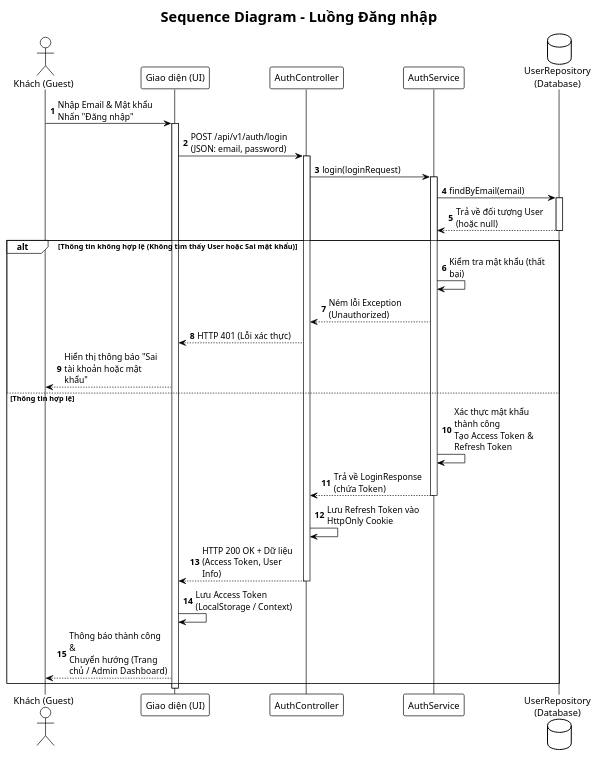
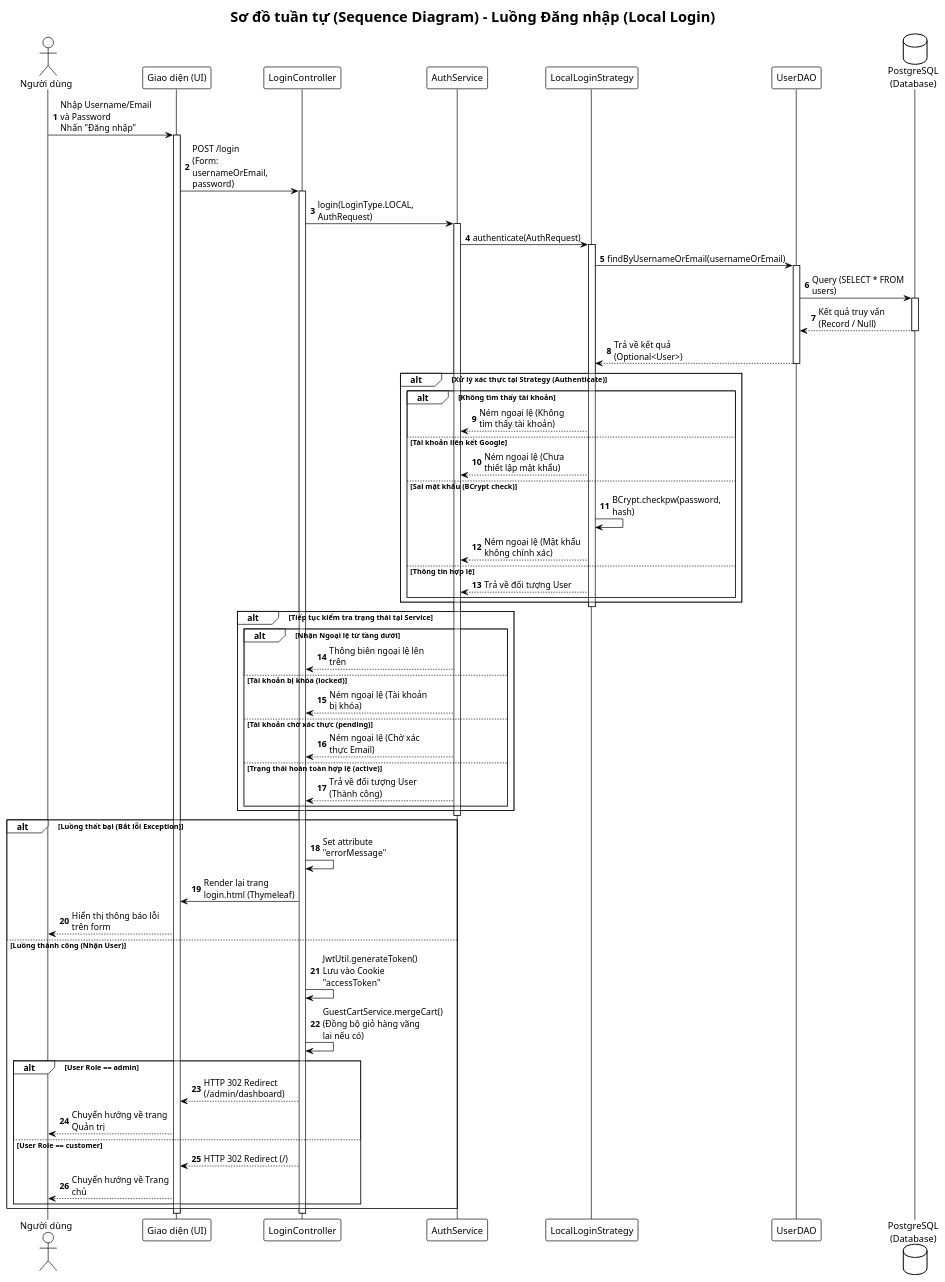
The diagram in src/Account/sequence/sequence_login.puml (trihieuvo/justFUML), drawn with PlantUML before and after one commit. The commit also changed 8 other files, not shown here.

```diff
--- a/src/Account/sequence/sequence_login.puml
+++ b/src/Account/sequence/sequence_login.puml
@@ -1,51 +1,88 @@
 @startuml
 !theme plain
 autonumber
 skinparam maxMessageSize 150
 skinparam ParticipantPadding 20
 skinparam BoxPadding 10
 
-title Sequence Diagram - Luồng Đăng nhập
+title Sơ đồ tuần tự (Sequence Diagram) - Luồng Đăng nhập (Local Login)
 
-actor "Khách (Guest)" as Guest
+actor "Người dùng" as Guest
 participant "Giao diện (UI)" as UI
-participant "AuthController" as Controller
+participant "LoginController" as Controller
 participant "AuthService" as Service
-database "UserRepository\n(Database)" as DB
+participant "LocalLoginStrategy" as Strategy
+participant "UserDAO" as DAO
+database "PostgreSQL\n(Database)" as DB
 
-Guest -> UI : Nhập Email & Mật khẩu\nNhấn "Đăng nhập"
+Guest -> UI : Nhập Username/Email và Password\nNhấn "Đăng nhập"
 activate UI
 
-UI -> Controller : POST /api/v1/auth/login\n(JSON: email, password)
+UI -> Controller : POST /login\n(Form: usernameOrEmail, password)
 activate Controller
 
-Controller -> Service : login(loginRequest)
+Controller -> Service : login(LoginType.LOCAL, AuthRequest)
 activate Service
 
-Service -> DB : findByEmail(email)
+Service -> Strategy : authenticate(AuthRequest)
+activate Strategy
+
+Strategy -> DAO : findByUsernameOrEmail(usernameOrEmail)
+activate DAO
+
+DAO -> DB : Query (SELECT * FROM users)
 activate DB
-DB --> Service : Trả về đối tượng User (hoặc null)
+DB --> DAO : Kết quả truy vấn (Record / Null)
 deactivate DB
 
-alt Thông tin không hợp lệ (Không tìm thấy User hoặc Sai mật khẩu)
-    Service -> Service : Kiểm tra mật khẩu (thất bại)
-    Service --> Controller : Ném lỗi Exception (Unauthorized)
-    Controller --> UI : HTTP 401 (Lỗi xác thực)
-    UI --> Guest : Hiển thị thông báo "Sai tài khoản hoặc mật khẩu"
+DAO --> Strategy : Trả về kết quả (Optional<User>)
+deactivate DAO
 
-else Thông tin hợp lệ
-    Service -> Service : Xác thực mật khẩu thành công\nTạo Access Token & Refresh Token
-    Service --> Controller : Trả về LoginResponse (chứa Token)
-    deactivate Service
+alt Xử lý xác thực tại Strategy (Authenticate)
+    alt Không tìm thấy tài khoản
+        Strategy --> Service : Ném ngoại lệ (Không tìm thấy tài khoản)
+    else Tài khoản liên kết Google
+        Strategy --> Service : Ném ngoại lệ (Chưa thiết lập mật khẩu)
+    else Sai mật khẩu (BCrypt check)
+        Strategy -> Strategy : BCrypt.checkpw(password, hash)
+        Strategy --> Service : Ném ngoại lệ (Mật khẩu không chính xác)
+    else Thông tin hợp lệ
+        Strategy --> Service : Trả về đối tượng User
+    end
+end
+deactivate Strategy
 
-    Controller -> Controller : Lưu Refresh Token vào HttpOnly Cookie
-    Controller --> UI : HTTP 200 OK + Dữ liệu (Access Token, User Info)
-    deactivate Controller
+alt Tiếp tục kiểm tra trạng thái tại Service
+    alt Nhận Ngoại lệ từ tầng dưới
+        Service --> Controller : Thông biên ngoại lệ lên trên
+    else Tài khoản bị khóa (locked)
+        Service --> Controller : Ném ngoại lệ (Tài khoản bị khóa)
+    else Tài khoản chờ xác thực (pending)
+        Service --> Controller : Ném ngoại lệ (Chờ xác thực Email)
+    else Trạng thái hoàn toàn hợp lệ (active)
+        Service --> Controller : Trả về đối tượng User (Thành công)
+    end
+end
+deactivate Service
 
-    UI -> UI : Lưu Access Token\n(LocalStorage / Context)
-    UI --> Guest : Thông báo thành công &\nChuyển hướng (Trang chủ / Admin Dashboard)
+alt Luồng thất bại (Bắt lỗi Exception)
+    Controller -> Controller : Set attribute "errorMessage"
+    Controller -> UI : Render lại trang login.html (Thymeleaf)
+    UI --> Guest : Hiển thị thông báo lỗi trên form
+else Luồng thành công (Nhận User)
+    Controller -> Controller : JwtUtil.generateToken()\nLưu vào Cookie "accessToken"
+    Controller -> Controller : GuestCartService.mergeCart()\n(Đồng bộ giỏ hàng vãng lai nếu có)
+
+    alt User Role == admin
+        Controller --> UI : HTTP 302 Redirect (/admin/dashboard)
+        UI --> Guest : Chuyển hướng về trang Quản trị
+    else User Role == customer
+        Controller --> UI : HTTP 302 Redirect (/)
+        UI --> Guest : Chuyển hướng về Trang chủ
+    end
 end
 
+deactivate Controller
 deactivate UI
 
 @enduml
```
